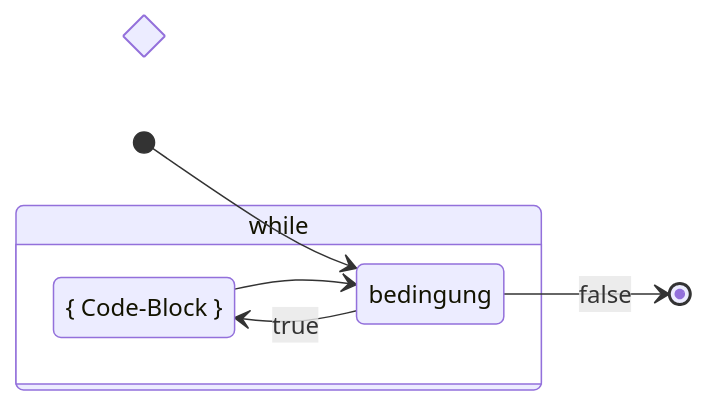
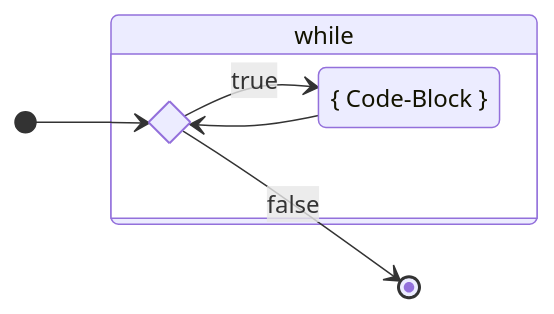
The first of 3 diagrams in slides/schleifen.md (codingluke/bbzbl-modul-319), drawn with Mermaid before and after one commit. The commit also changed other lines of this file and 3 other files, not shown here.

Commit message:
Fix mermaid and method slide

````diff
--- a/slides/schleifen.md
+++ b/slides/schleifen.md
@@ -32,13 +32,12 @@
 ```mermaid
 stateDiagram-v2
     direction LR
     state Bedingung <<choice>>
+    [*] --> Bedingung
     do: { Code-Block }
-
-    [*] --> bedingung
-    bedingung --> do: true
+    Bedingung --> do: true
     state while {
-        do --> bedingung
+        do --> Bedingung
     }
-    bedingung --> [*]: false
+    Bedingung --> [*]: false
 ```
````
